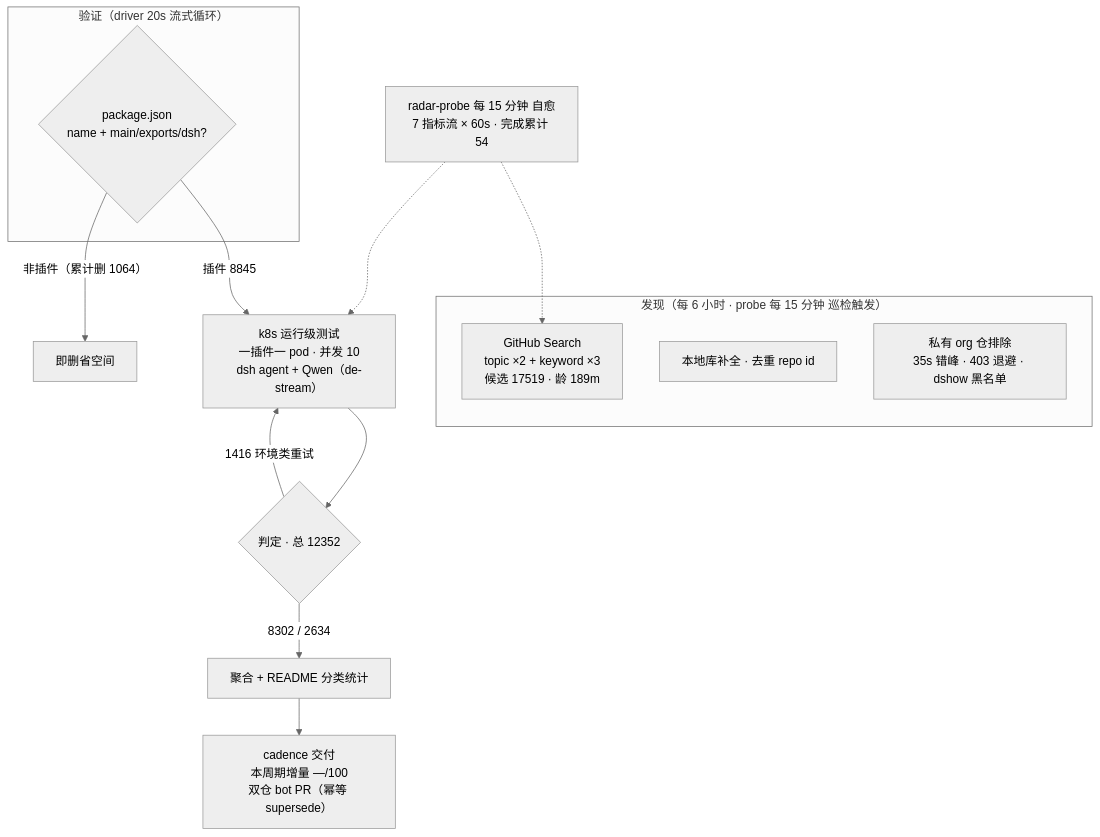
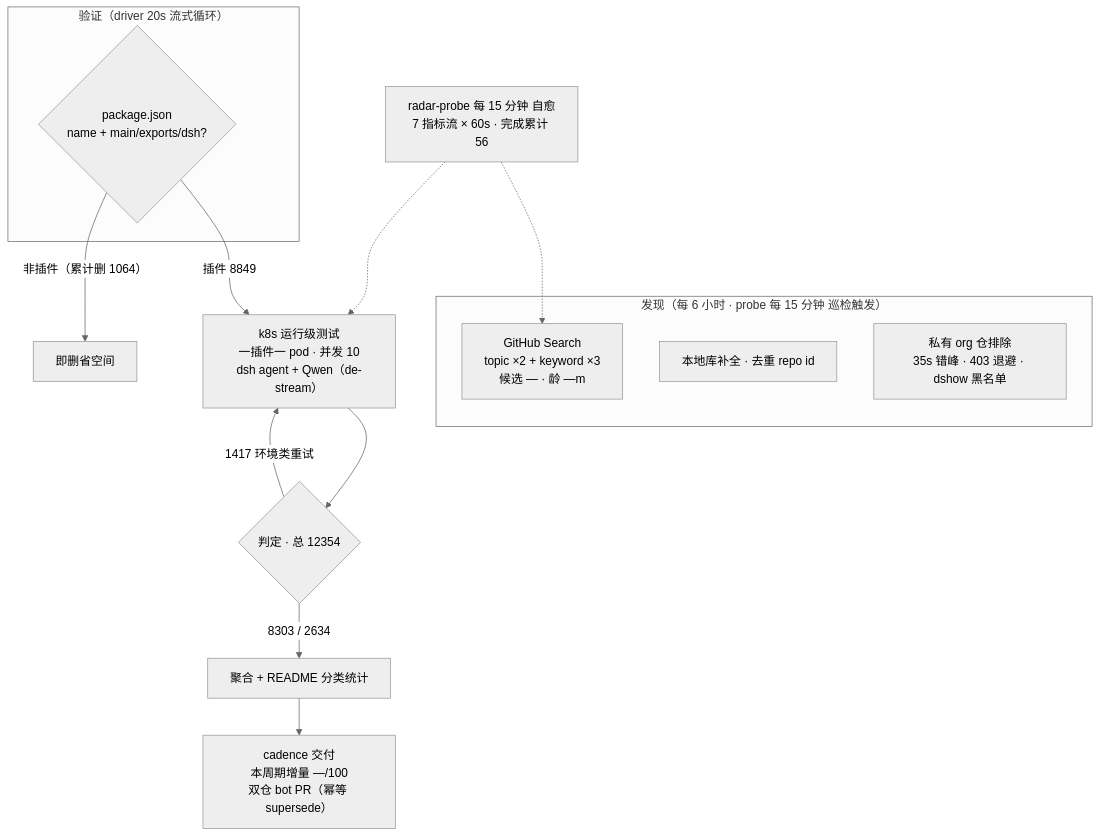
The diagram in README.md (Zhidao-Lab-OSS/awesome-dsh-plugins), drawn with Mermaid (neutral theme) before and after one commit. The commit also changed other lines of this file and 1 other file, not shown here.

````diff
--- a/README.md
+++ b/README.md
@@ -52,20 +52,20 @@
 ```mermaid
 flowchart TB
     subgraph Discovery["发现（每 6 小时 · probe 每 15 分钟 巡检触发）"]
-        A1["GitHub Search<br/>topic ×2 + keyword ×3<br/>候选 17519 · 龄 189m"]
+        A1["GitHub Search<br/>topic ×2 + keyword ×3<br/>候选 — · 龄 —m"]
         A2["本地库补全 · 去重 repo id"]
         A3["私有 org 仓排除<br/>35s 错峰 · 403 退避 · dshow 黑名单"]
     end
     subgraph Validation["验证（driver 20s 流式循环）"]
         B1{"package.json<br/>name + main/exports/dsh?"}
     end
-    B1 -->|"插件 8845"| C1["k8s 运行级测试<br/>一插件一 pod · 并发 10<br/>dsh agent + Qwen（de-stream）"]
+    B1 -->|"插件 8849"| C1["k8s 运行级测试<br/>一插件一 pod · 并发 10<br/>dsh agent + Qwen（de-stream）"]
     B1 -->|"非插件（累计删 1064）"| B3["即删省空间"]
-    C1 --> D1{"判定 · 总 12352"}
-    D1 -->|"8302 / 2634"| E1["聚合 + README 分类统计"]
-    D1 -->|"1416 环境类重试"| C1
+    C1 --> D1{"判定 · 总 12354"}
+    D1 -->|"8303 / 2634"| E1["聚合 + README 分类统计"]
+    D1 -->|"1417 环境类重试"| C1
     E1 --> E2["cadence 交付<br/>本周期增量 —/100<br/>双仓 bot PR（幂等 supersede）"]
-    M["radar-probe 每 15 分钟 自愈<br/>7 指标流 × 60s · 完成累计 54"]
+    M["radar-probe 每 15 分钟 自愈<br/>7 指标流 × 60s · 完成累计 56"]
     M -.-> A1
     M -.-> C1
 ```
````
